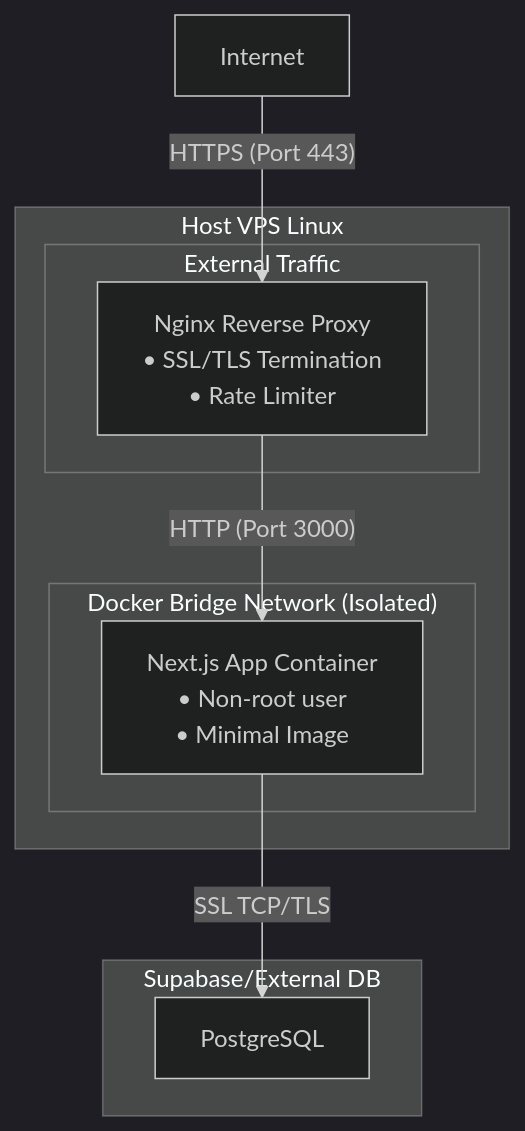
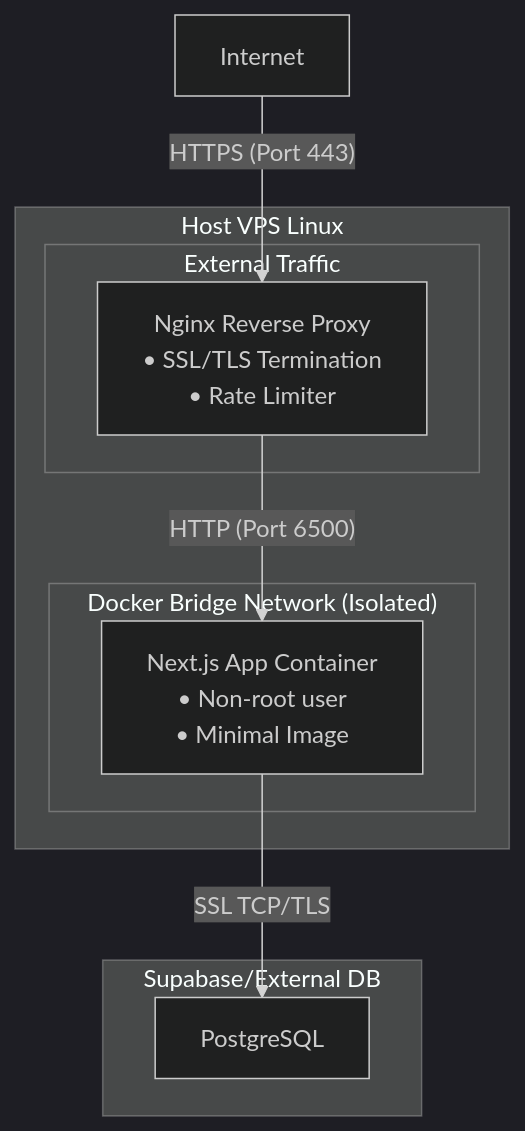
Before and after one commit to Claritys11/web-pilketos: the tenth of 12 diagrams in docs/05_SECURITY.md, drawn with Mermaid (dark theme). The commit also changed other lines of this file and 72 other files, not shown here.

````diff
--- a/docs/05_SECURITY.md
+++ b/docs/05_SECURITY.md
@@ -744,19 +754,19 @@
 ```mermaid
 graph TD
     subgraph HostVPS["Host VPS Linux"]
         subgraph NetExternal["External Traffic"]
             Nginx["Nginx Reverse Proxy\n• SSL/TLS Termination\n• Rate Limiter"]
         end
         subgraph NetInternal["Docker Bridge Network (Isolated)"]
             App["Next.js App Container\n• Non-root user\n• Minimal Image"]
         end
     end
-    
+
     subgraph CloudDB["Supabase/External DB"]
         PG["PostgreSQL"]
     end
-    
+
     Internet -->|"HTTPS (Port 443)"| Nginx
-    Nginx -->|"HTTP (Port 3000)"| App
+    Nginx -->|"HTTP (Port 6500)"| App
     App -->|"SSL TCP/TLS"| PG
 ```
````
